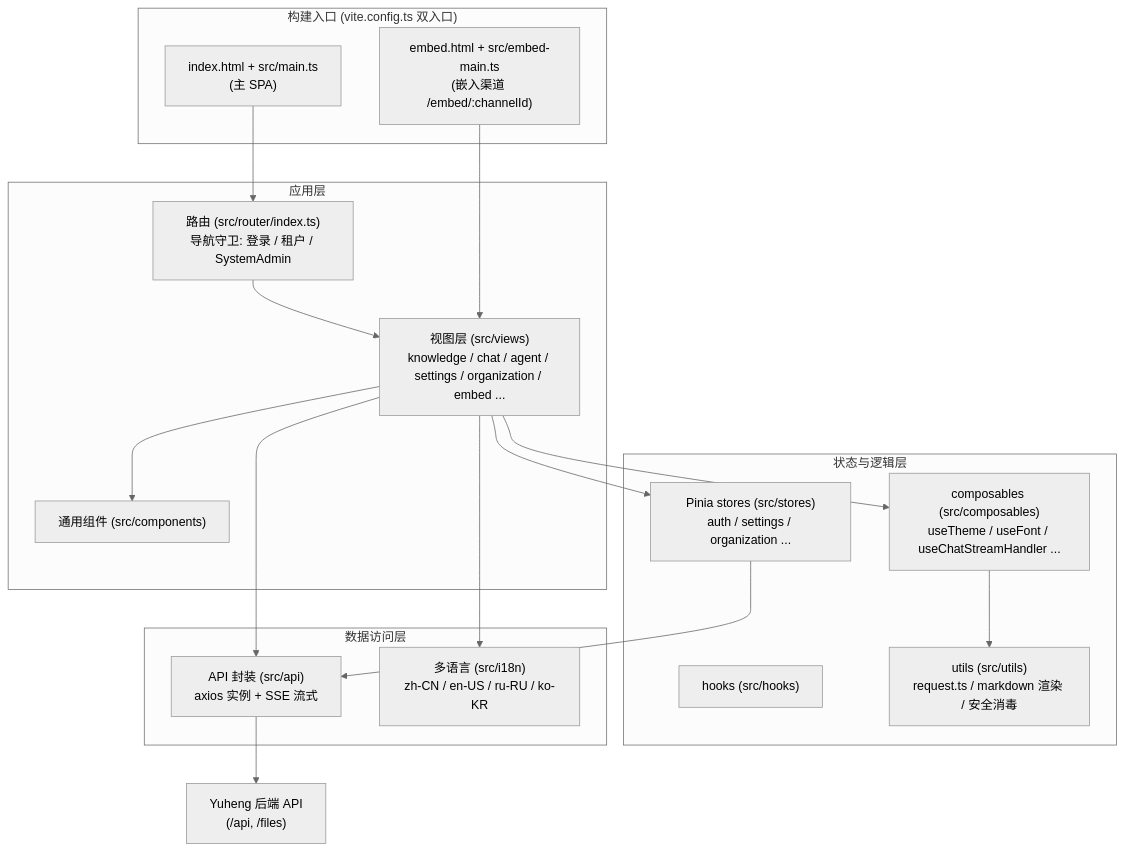
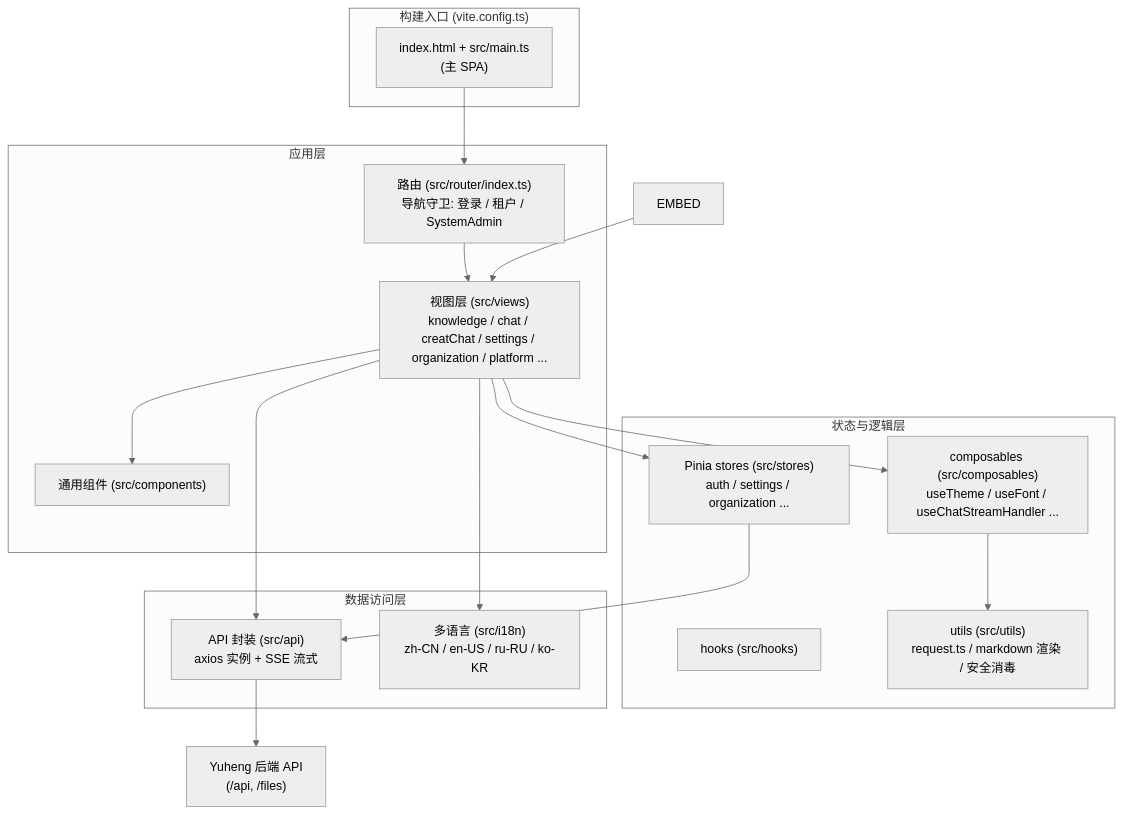
One commit to magicyuan876/Yuheng changed the diagram in website-docs/05-clients/01-frontend.md. Above: the diagram before and after it, drawn with Mermaid (neutral theme). The commit also changed other lines of this file and 32 other files, not shown here.

````diff
--- a/website-docs/05-clients/01-frontend.md
+++ b/website-docs/05-clients/01-frontend.md
@@ -37,38 +36,37 @@
 ```mermaid
 flowchart TB
-    subgraph entries["构建入口 (vite.config.ts 双入口)"]
+    subgraph entries["构建入口 (vite.config.ts)"]
         MAIN["index.html + src/main.ts<br/>(主 SPA)"]
-        EMBED["embed.html + src/embed-main.ts<br/>(嵌入渠道 /embed/:channelId)"]
     end
 
     subgraph app["应用层"]
         ROUTER["路由 (src/router/index.ts)<br/>导航守卫: 登录 / 租户 / SystemAdmin"]
-        VIEWS["视图层 (src/views)<br/>knowledge / chat / agent / settings / organization / embed ..."]
+        VIEWS["视图层 (src/views)<br/>knowledge / chat / creatChat / settings / organization / platform ..."]
         COMP["通用组件 (src/components)"]
     end
 
     subgraph state["状态与逻辑层"]
         STORES["Pinia stores (src/stores)<br/>auth / settings / organization ..."]
         COMPOSABLES["composables (src/composables)<br/>useTheme / useFont / useChatStreamHandler ..."]
         HOOKS["hooks (src/hooks)"]
         UTILS["utils (src/utils)<br/>request.ts / markdown 渲染 / 安全消毒"]
     end
 
     subgraph io["数据访问层"]
         API["API 封装 (src/api)<br/>axios 实例 + SSE 流式"]
         I18N["多语言 (src/i18n)<br/>zh-CN / en-US / ru-RU / ko-KR"]
     end
 
     BACKEND["Yuheng 后端 API<br/>(/api, /files)"]
 
     MAIN --> ROUTER --> VIEWS
     EMBED --> VIEWS
     VIEWS --> COMP
     VIEWS --> STORES
     VIEWS --> COMPOSABLES
     COMPOSABLES --> UTILS
     STORES --> API
     VIEWS --> API
     API --> BACKEND
     VIEWS --> I18N
 ```
````
